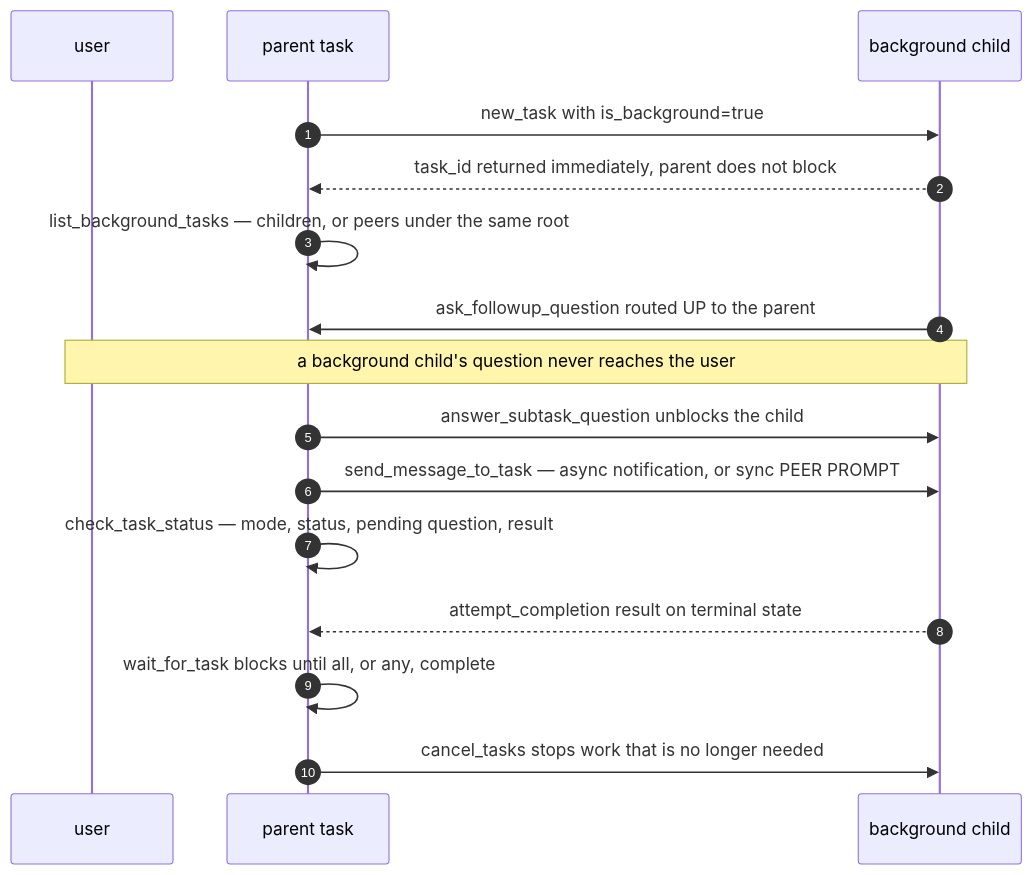
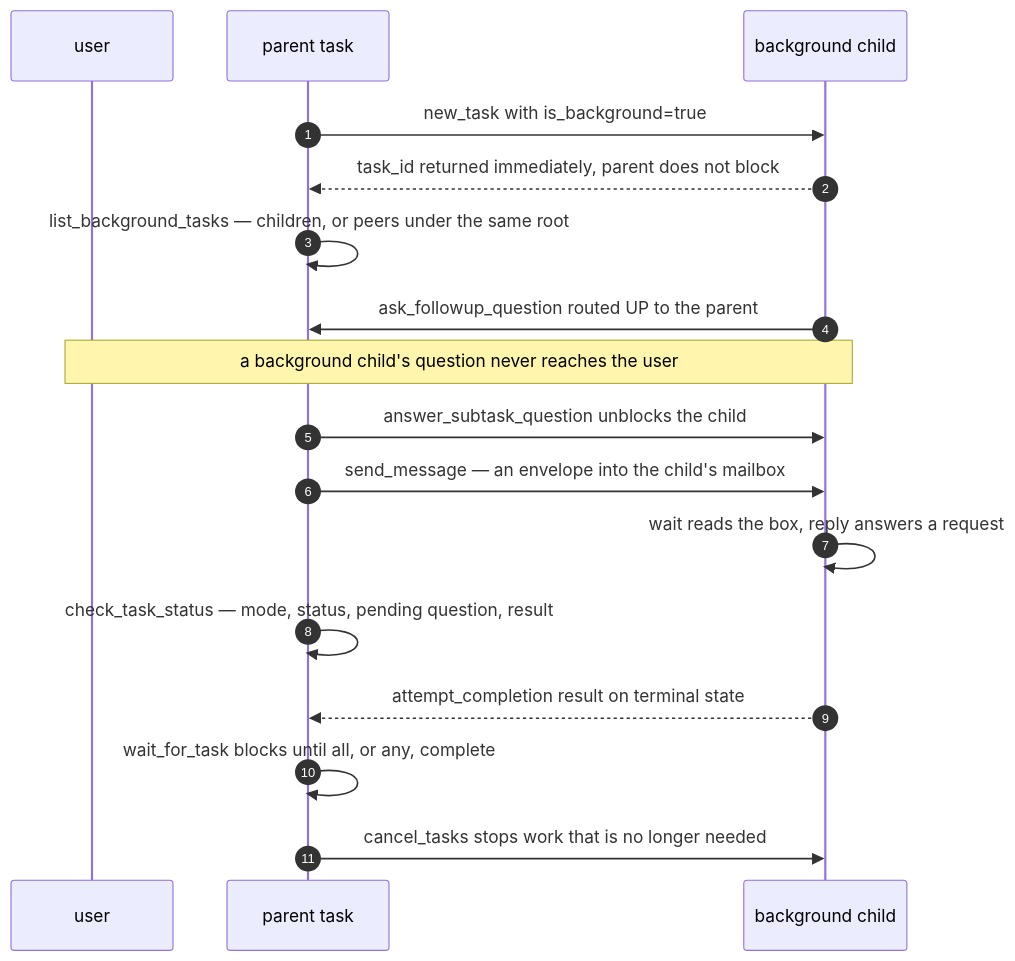
The second of 3 diagrams in docs/native_tools.md (shofer-dev/shofer), drawn with Mermaid before and after one commit. The commit also changed other lines of this file and 81 other files, not shown here.

First line of the commit message:
feat(core)!: send_message / reply / wait on the mailbox; one plugin door; delete peer messaging, sleep, wait_for_message

````diff
--- a/docs/native_tools.md
+++ b/docs/native_tools.md
@@ -469,19 +461,20 @@
 ```mermaid
 sequenceDiagram
     autonumber
     participant U as user
     participant P as parent task
     participant C as background child
 
     P->>C: new_task with is_background=true
     C-->>P: task_id returned immediately, parent does not block
     P->>P: list_background_tasks — children, or peers under the same root
     C->>P: ask_followup_question routed UP to the parent
     Note over U,C: a background child's question never reaches the user
     P->>C: answer_subtask_question unblocks the child
-    P->>C: send_message_to_task — async notification, or sync PEER PROMPT
+    P->>C: send_message — an envelope into the child's mailbox
+    C->>C: wait reads the box, reply answers a request
     P->>P: check_task_status — mode, status, pending question, result
     C-->>P: attempt_completion result on terminal state
     P->>P: wait_for_task blocks until all, or any, complete
     P->>C: cancel_tasks stops work that is no longer needed
 ```
````
